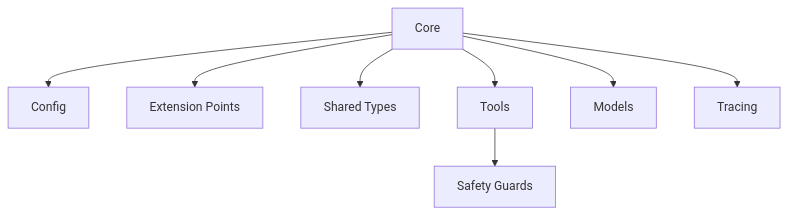
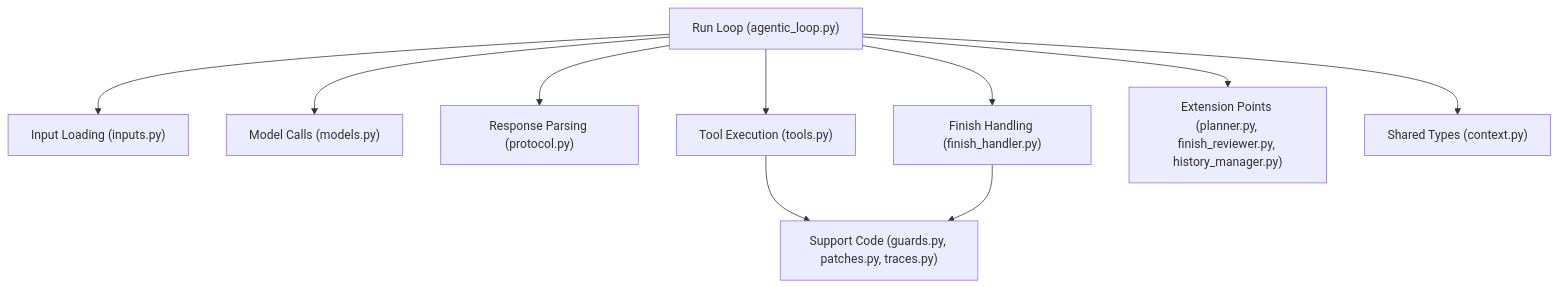
The third of 4 diagrams in README.md (mtov/minixx), drawn with Mermaid before and after one commit. The commit also changed other lines of this file, not shown here.

Commit message:
docs: align README diagrams and architecture descriptions with code

````diff
--- a/README.md
+++ b/README.md
@@ -145,19 +145,22 @@
 ```mermaid
 flowchart TD
-    A["Config"]
-    B["Core"]
-    C["Extension Points"]
-    D["Shared Types"]
-    E["Tools"]
-    F["Models"]
-    G["Tracing"]
-    H["Safety Guards"]
+    A["Run Loop (agentic_loop.py)"]
+    B["Input Loading (inputs.py)"]
+    C["Model Calls (models.py)"]
+    D["Response Parsing (protocol.py)"]
+    E["Tool Execution (tools.py)"]
+    F["Finish Handling (finish_handler.py)"]
+    G["Extension Points (planner.py, finish_reviewer.py, history_manager.py)"]
+    H["Shared Types (context.py)"]
+    I["Support Code (guards.py, patches.py, traces.py)"]
 
-    B --> A
-    B --> C
-    B --> D
-    B --> E
-    B --> F
-    B --> G
-    E --> H
+    A --> B
+    A --> C
+    A --> D
+    A --> E
+    A --> F
+    A --> G
+    A --> H
+    E --> I
+    F --> I
 ```
````
